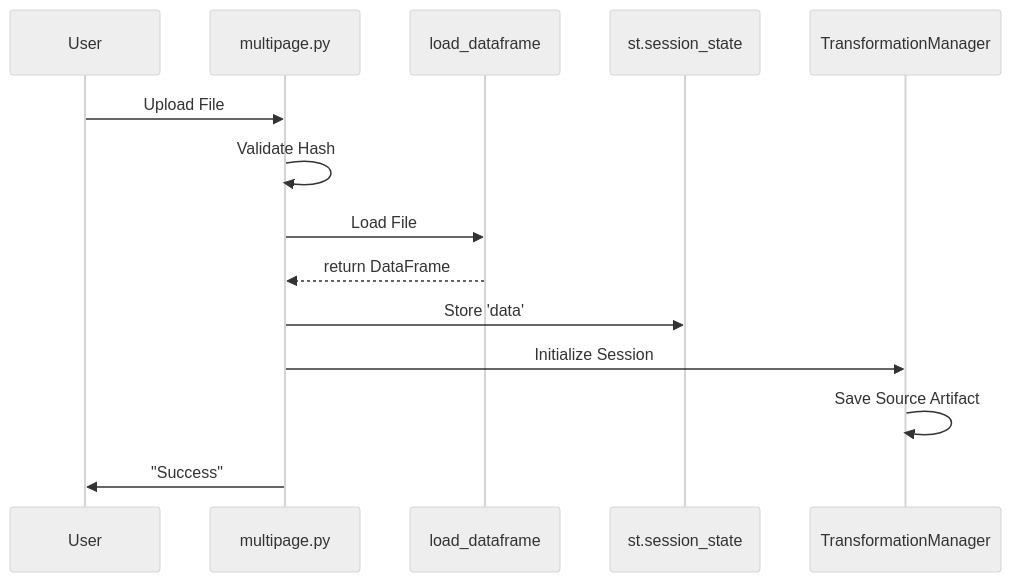
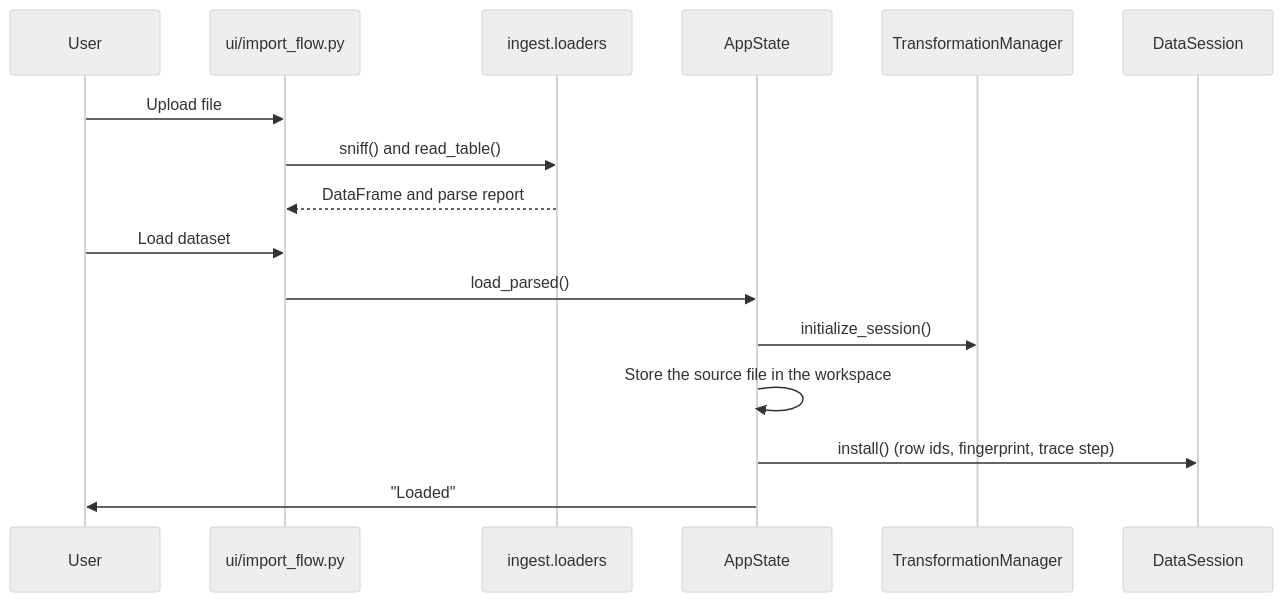
Before and after one commit to KarimELMERNISSI/Cohort-Studio: the second of 2 diagrams in documentation/developer/Process_Flow.md, drawn with Mermaid (neutral theme). The commit also changed other lines of this file and 28 other files, not shown here.

````diff
--- a/documentation/developer/Process_Flow.md
+++ b/documentation/developer/Process_Flow.md
@@ -42,17 +42,19 @@
 ```mermaid
 sequenceDiagram
     participant User
-    participant Sidebar as multipage.py
-    participant Loader as load_dataframe
-    participant Session as st.session_state
+    participant Import as ui/import_flow.py
+    participant Loader as ingest.loaders
+    participant State as AppState
     participant TM as TransformationManager
+    participant Session as DataSession
 
-    User->>Sidebar: Upload File
-    Sidebar->>Sidebar: Validate Hash
-    Sidebar->>Loader: Load File
-    Loader-->>Sidebar: return DataFrame
-    Sidebar->>Session: Store 'data'
-    Sidebar->>TM: Initialize Session
-    TM->>TM: Save Source Artifact
-    Sidebar->>User: "Success"
+    User->>Import: Upload file
+    Import->>Loader: sniff() and read_table()
+    Loader-->>Import: DataFrame and parse report
+    User->>Import: Load dataset
+    Import->>State: load_parsed()
+    State->>TM: initialize_session()
+    State->>State: Store the source file in the workspace
+    State->>Session: install() (row ids, fingerprint, trace step)
+    State->>User: "Loaded"
 ```
````
